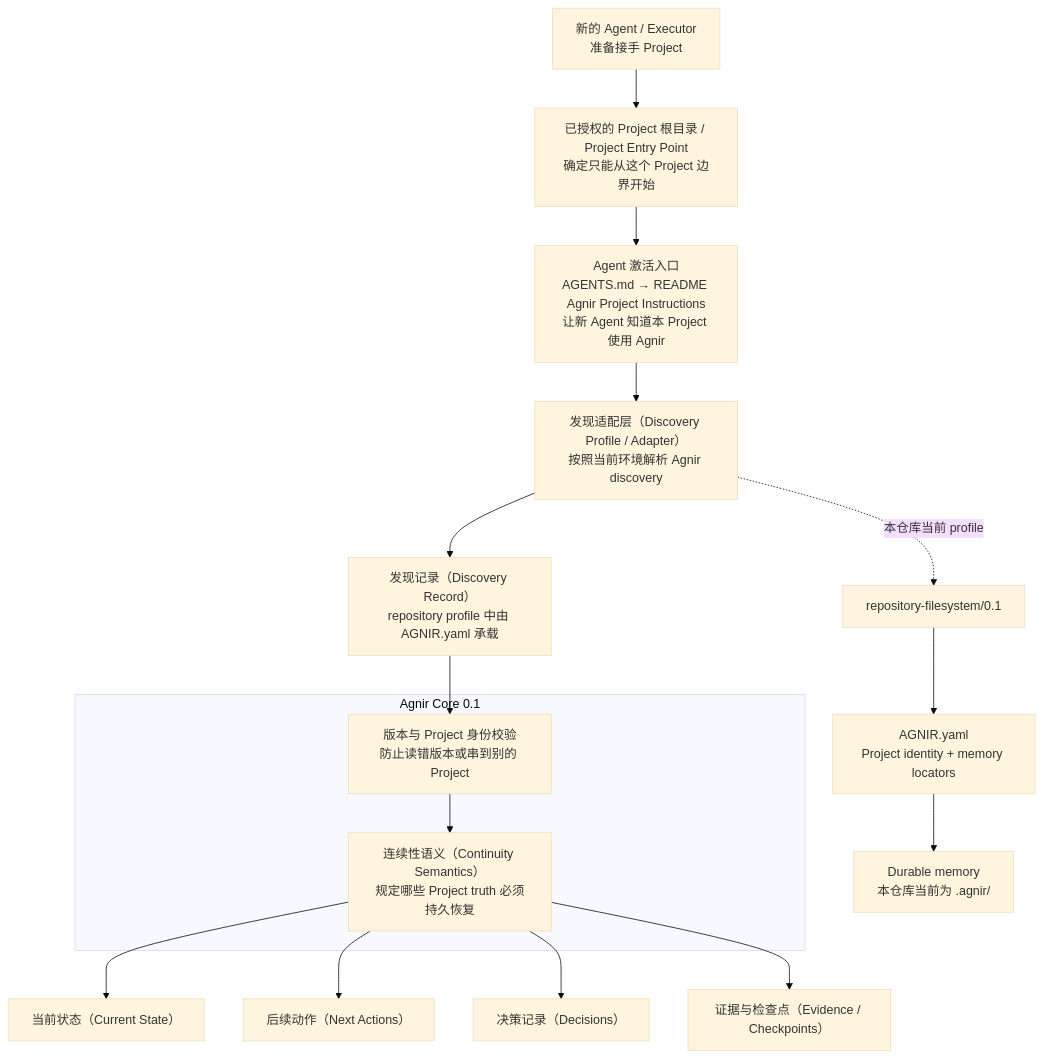
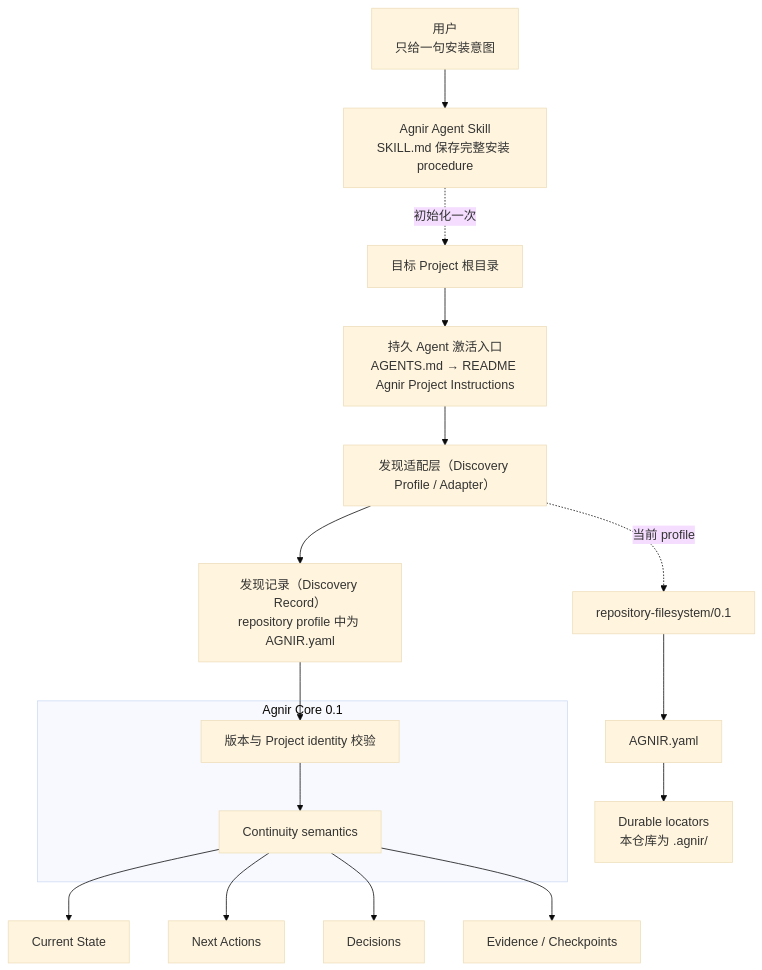
Before and after one commit to iorLab/agnir: the first of 2 diagrams in README.zh-CN.md, drawn with Mermaid (base theme). The commit also changed other lines of this file, not shown here.

Commit message:
docs: separate user install prompt from Skill procedure

````diff
--- a/README.zh-CN.md
+++ b/README.zh-CN.md
@@ -90,23 +74,25 @@
 ```mermaid
 flowchart TB
-    X["新的 Agent / Executor<br/>准备接手 Project"] --> P["已授权的 Project 根目录 / Project Entry Point<br/>确定只能从这个 Project 边界开始"]
-    P --> G["Agent 激活入口<br/>AGENTS.md → README Agnir Project Instructions<br/>让新 Agent 知道本 Project 使用 Agnir"]
-    G --> D["发现适配层（Discovery Profile / Adapter）<br/>按照当前环境解析 Agnir discovery"]
-    D --> R["发现记录（Discovery Record）<br/>repository profile 中由 AGNIR.yaml 承载"]
+    U["用户<br/>只给一句安装意图"] --> K["Agnir Agent Skill<br/>SKILL.md 保存完整安装 procedure"]
+    K -. "初始化一次" .-> P["目标 Project 根目录"]
+
+    P --> G["持久 Agent 激活入口<br/>AGENTS.md → README Agnir Project Instructions"]
+    G --> D["发现适配层（Discovery Profile / Adapter）"]
+    D --> R["发现记录（Discovery Record）<br/>repository profile 中为 AGNIR.yaml"]
 
     subgraph C[Agnir Core 0.1]
-        V["版本与 Project 身份校验<br/>防止读错版本或串到别的 Project"]
-        M["连续性语义（Continuity Semantics）<br/>规定哪些 Project truth 必须持久恢复"]
+        V["版本与 Project identity 校验"]
+        M["Continuity semantics"]
         V --> M
     end
 
     R --> V
-    M --> S["当前状态（Current State）"]
-    M --> N["后续动作（Next Actions）"]
-    M --> J["决策记录（Decisions）"]
-    M --> E["证据与检查点（Evidence / Checkpoints）"]
+    M --> S["Current State"]
+    M --> N["Next Actions"]
+    M --> J["Decisions"]
+    M --> E["Evidence / Checkpoints"]
 
-    D -. "本仓库当前 profile" .-> Y["repository-filesystem/0.1"]
-    Y --> A["AGNIR.yaml<br/>Project identity + memory locators"]
-    A --> F["Durable memory<br/>本仓库当前为 .agnir/"]
+    D -. "当前 profile" .-> Y["repository-filesystem/0.1"]
+    Y --> A["AGNIR.yaml"]
+    A --> F["Durable locators<br/>本仓库为 .agnir/"]
 ```
````
